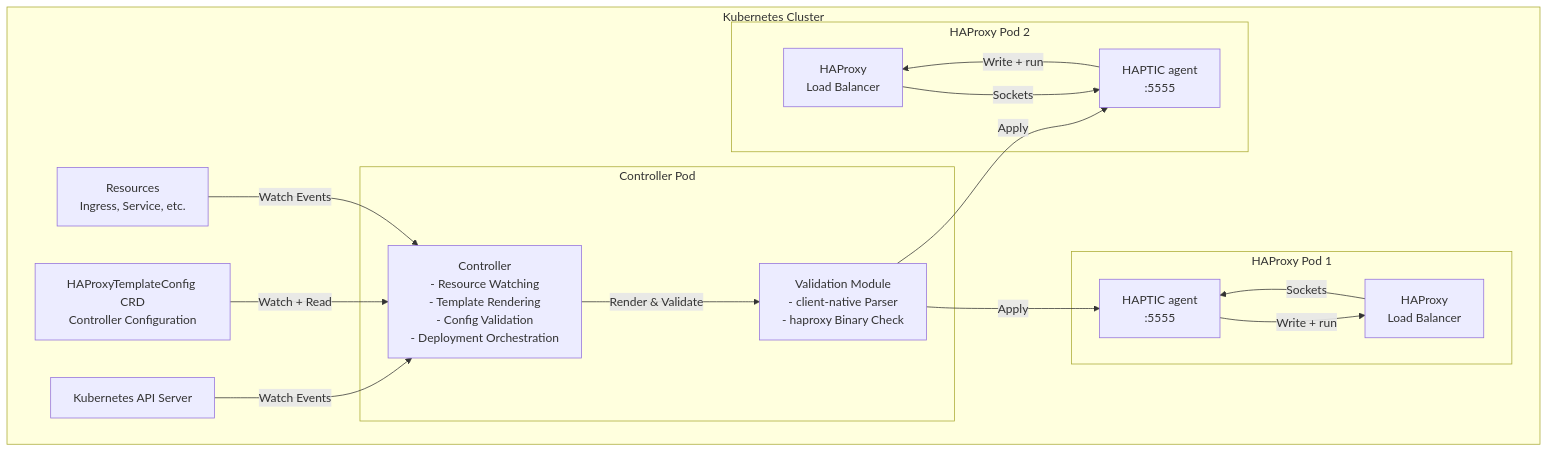
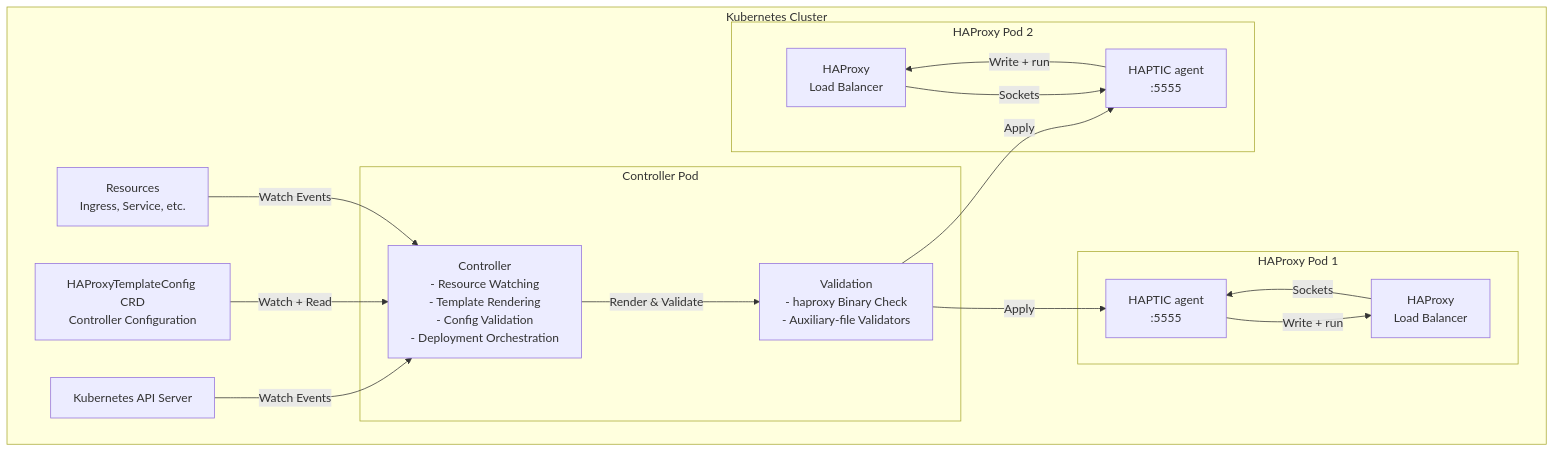
Before and after one commit to HAProxy-Template-IC/haproxy-template-ingress-controller: the first of 3 diagrams in docs/site/docs/development/design/architecture-overview.md, drawn with Mermaid. The commit also changed other lines of this file and 65 other files, not shown here.

````diff
--- a/docs/site/docs/development/design/architecture-overview.md
+++ b/docs/site/docs/development/design/architecture-overview.md
@@ -30,36 +30,36 @@
 ```mermaid
 graph TB
     subgraph "Kubernetes Cluster"
         K8S[Kubernetes API Server]
 
         subgraph "Controller Pod"
             CTRL[Controller<br/>- Resource Watching<br/>- Template Rendering<br/>- Config Validation<br/>- Deployment Orchestration]
-            VAL[Validation Module<br/>- client-native Parser<br/>- haproxy Binary Check]
+            VAL[Validation<br/>- haproxy Binary Check<br/>- Auxiliary-file Validators]
         end
 
         subgraph "HAProxy Pod 1"
             HAP1[HAProxy<br/>Load Balancer]
             AG1[HAPTIC agent<br/>:5555]
         end
 
         subgraph "HAProxy Pod 2"
             HAP2[HAProxy<br/>Load Balancer]
             AG2[HAPTIC agent<br/>:5555]
         end
 
         CONFIG[HAProxyTemplateConfig CRD<br/>Controller Configuration]
         RES[Resources<br/>Ingress, Service, etc.]
     end
 
     K8S -->|Watch Events| CTRL
     CONFIG -->|Watch + Read| CTRL
     RES -->|Watch Events| CTRL
     CTRL -->|Render & Validate| VAL
     VAL -->|Apply| AG1
     VAL -->|Apply| AG2
     AG1 -->|Write + run| HAP1
     AG2 -->|Write + run| HAP2
     HAP1 -->|Sockets| AG1
     HAP2 -->|Sockets| AG2
 
 ```
````
